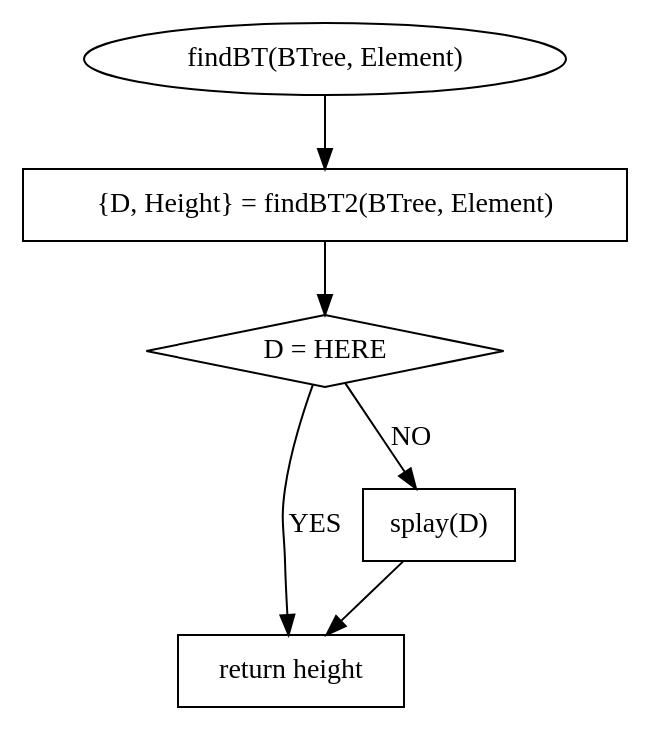
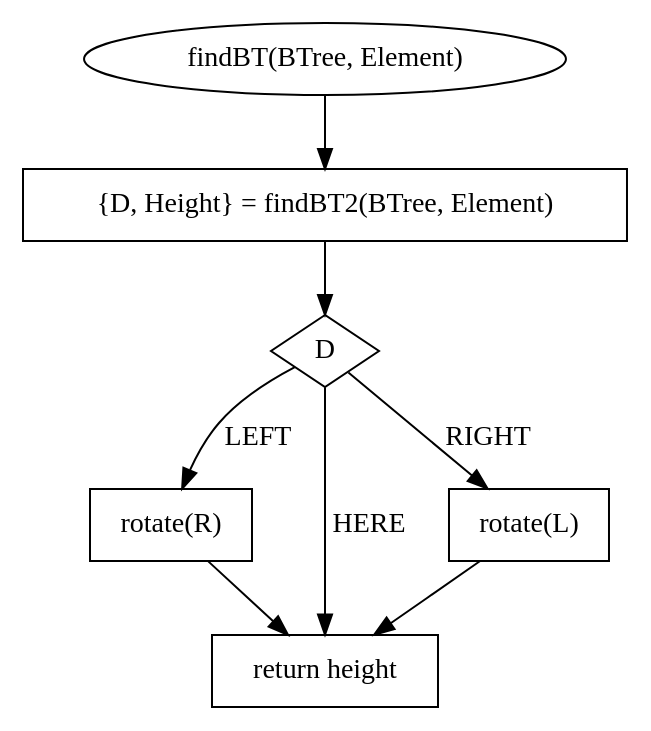
The diagram in doc/graphviz/splayFind.gv (hugoppp-uni/Hausarbeit-Algorithmen-und-Datenstrukturen), drawn with Graphviz before and after one commit. The commit also changed 5 other files, not shown here.

```diff
--- a/doc/graphviz/splayFind.gv
+++ b/doc/graphviz/splayFind.gv
@@ -1,14 +1,17 @@
 digraph G{
 node [shape = box];
 find [label = "findBT(BTree, Element)" shape = ellipse]
 find -> find2
 find2 [label = "{D, Height} = findBT2(BTree, Element)"]
 find2 -> a1
-a1 [label = "D = HERE " shape = diamond]
-a1 -> return [label = "YES"]
-a1 -> nhere[label = "NO"]
+a1 [label = "D" shape = diamond]
+a1 -> nleft[label = "LEFT"]
+a1 -> return [label = "HERE"]
+a1 -> nright[label = "RIGHT"]
 
-nhere [label = "splay(D)"]
-nhere -> return
+nleft -> return
+nleft [label = "rotate(R)"]
+nright [label = "rotate(L)"]
+nright -> return
 return [label = "return height"]
 }
```
